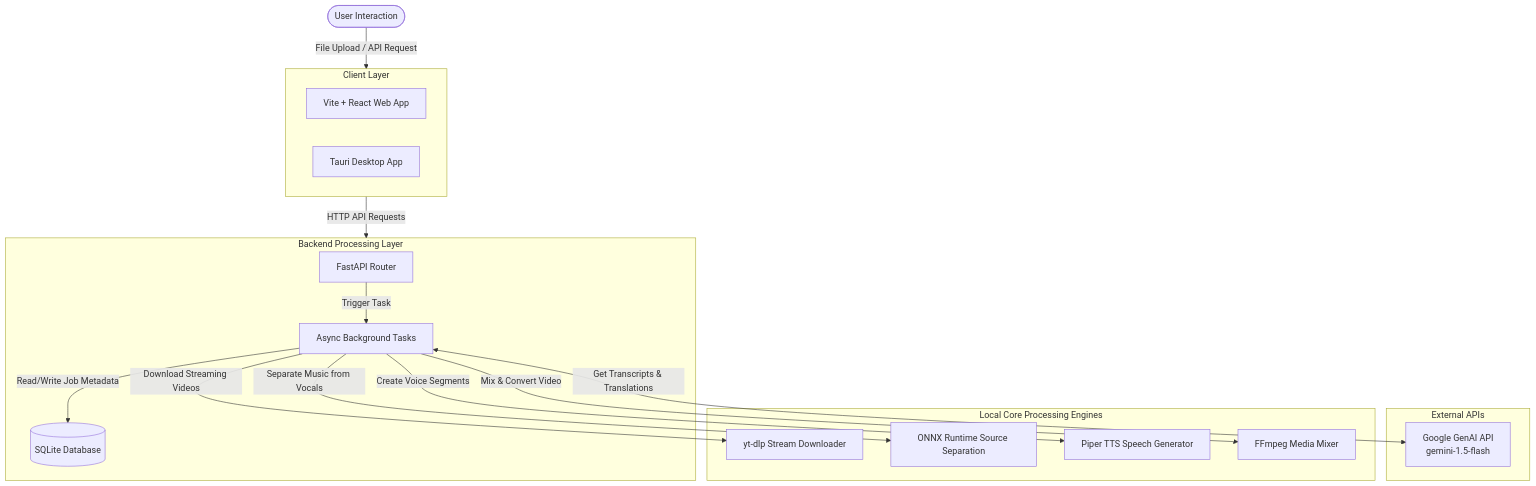
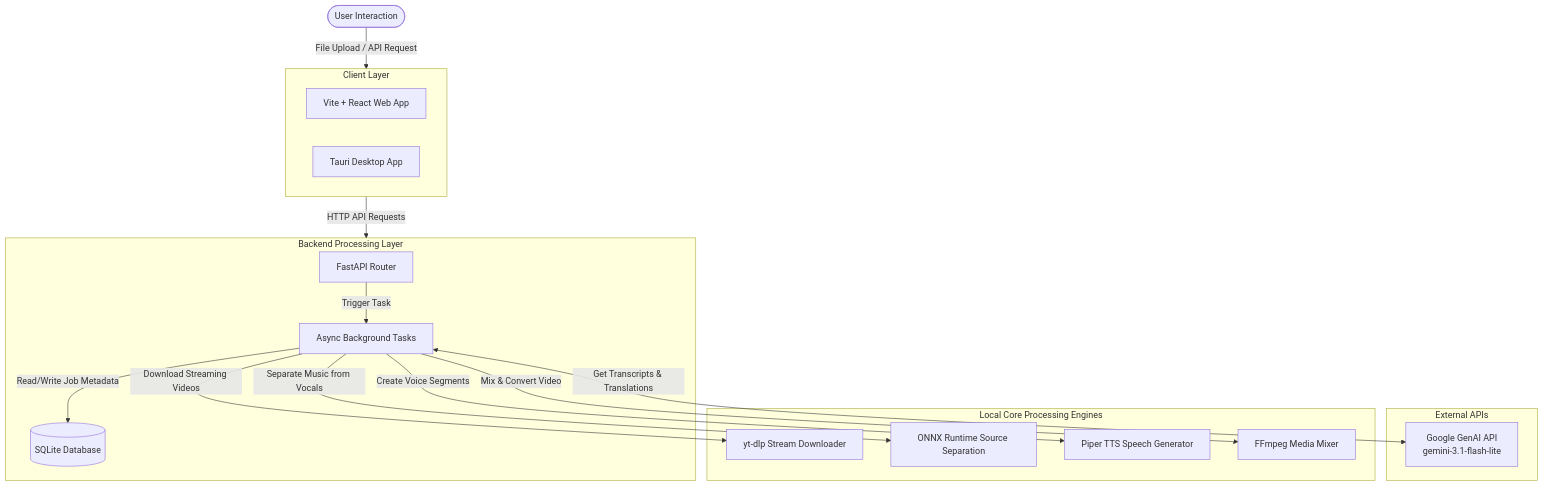
One commit to PraveenAmujuri/ai_video_translator changed the diagram in README.md. Above: the diagram before and after it, drawn with Mermaid. The commit also changed other lines of this file and 15 other files, not shown here.

````diff
--- a/README.md
+++ b/README.md
@@ -53,33 +53,33 @@
 ```mermaid
 graph TD
   User([User Interaction]) --> |File Upload / API Request| Clients
   
   subgraph Clients [Client Layer]
     Web[Vite + React Web App]
     Desktop[Tauri Desktop App]
   end
 
   Clients --> |HTTP API Requests| Backend[FastAPI Python Backend]
   
   subgraph Backend [Backend Processing Layer]
     API[FastAPI Router] --> |Trigger Task| Worker[Async Background Tasks]
     Worker --> |Read/Write Job Metadata| DB[(SQLite Database)]
   end
 
   subgraph External [External APIs]
-    Gemini[Google GenAI API <br> gemini-1.5-flash]
+    Gemini[Google GenAI API <br> gemini-3.1-flash-lite]
   end
 
   subgraph Engine [Local Core Processing Engines]
     YTDLP[yt-dlp Stream Downloader]
     ONNX[ONNX Runtime Source Separation]
     Piper[Piper TTS Speech Generator]
     FFmpeg[FFmpeg Media Mixer]
   end
 
   Worker <--> |Get Transcripts & Translations| Gemini
   Worker --> |Download Streaming Videos| YTDLP
   Worker --> |Separate Music from Vocals| ONNX
   Worker --> |Create Voice Segments| Piper
   Worker --> |Mix & Convert Video| FFmpeg
 ```
````
